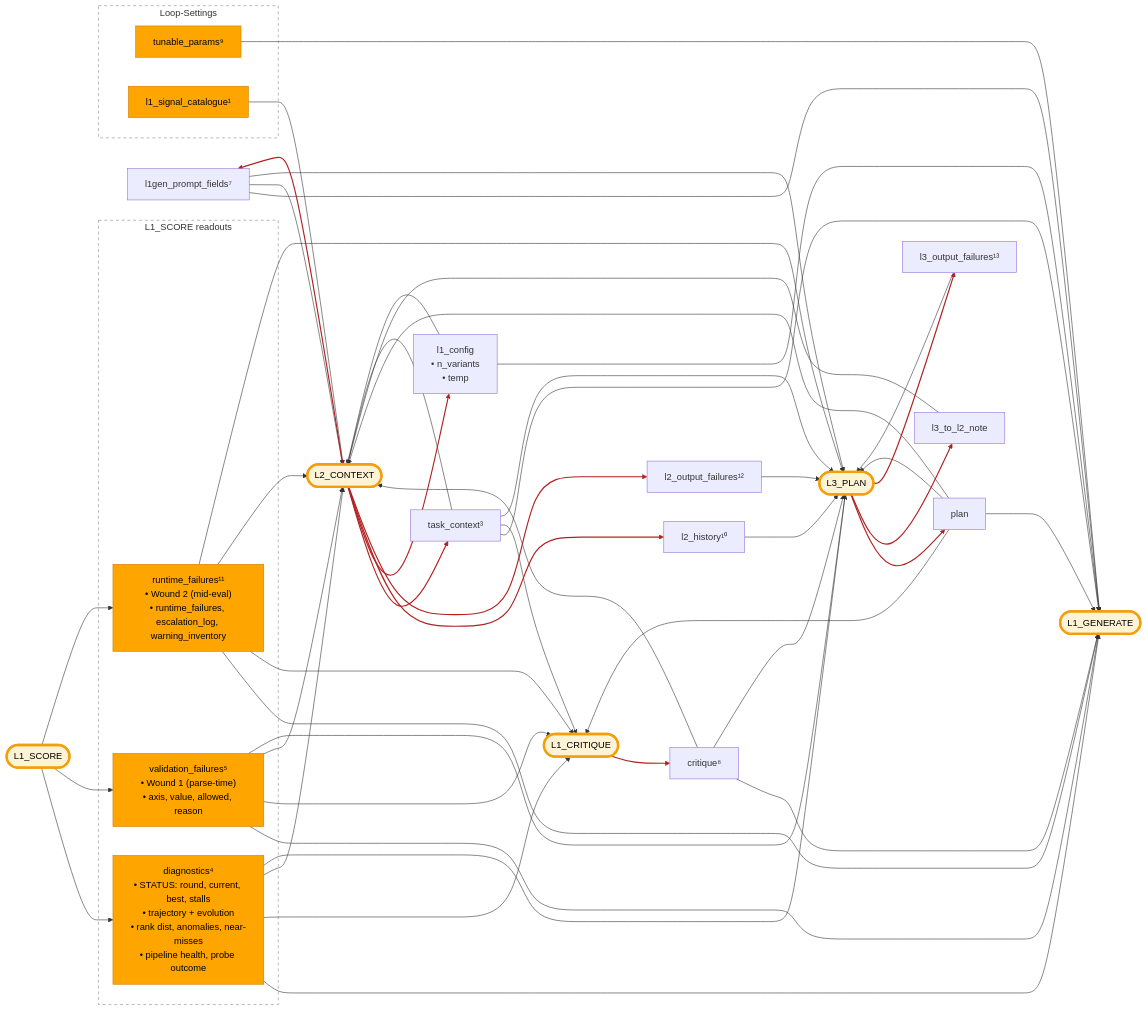
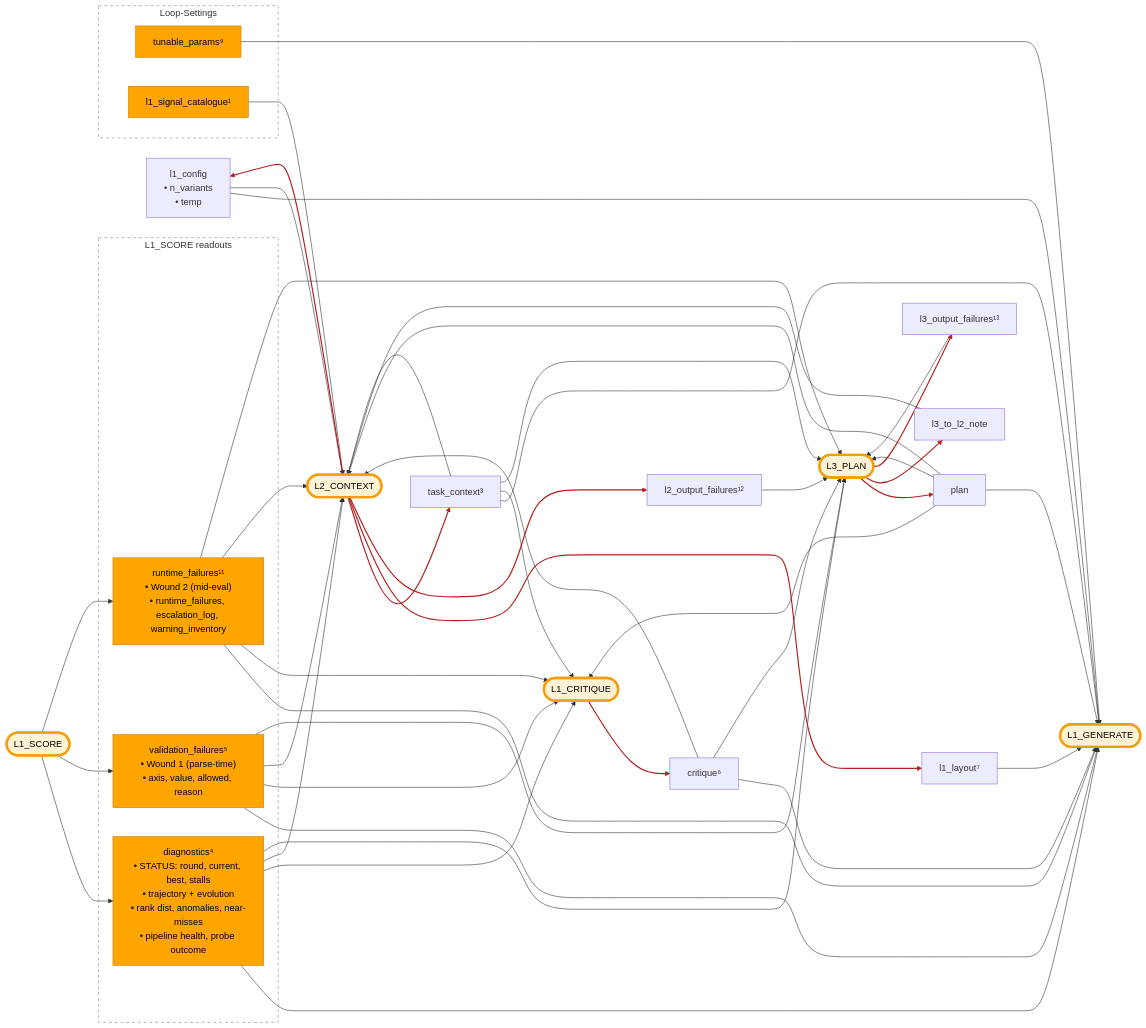
One commit to PromptPotter/prompt-potter-optimizer changed the diagram in docs/developer/dispatch-hub.md. Above: the diagram before and after it, drawn with Mermaid. The commit also changed other lines of this file and 8 other files, not shown here.

First line of the commit message:
refactor(dispatch-hub): drop l2_history + l1gen_prompt_fields; surface l1_layout edge

````diff
--- a/docs/developer/dispatch-hub.md
+++ b/docs/developer/dispatch-hub.md
@@ -19,7 +19,6 @@
   classDef proc fill:#fff3d6,stroke:#f59e0b,stroke-width:4px,color:#000
 
   %% Standalone AI-generated inputs (not produced inside a single LLM stage)
-  L1PF[l1gen_prompt_fields⁷]
   CPAR["l1_config<br/>• n_variants<br/>• temp"]
 
   %% L1_SCORE readouts — distinct hub variables, same producer cluster.
@@ -51,7 +50,7 @@
 
   %% Standalone L2-produced signals
   TC[task_context³]
-  L2H[l2_history¹⁰]
+  LAYOUT[l1_layout⁷]
 
   %% L1_CRITIQUE + its produced signal
   subgraph L1CG[" "]
@@ -69,6 +68,7 @@
   style L3G fill:none,stroke:none
 
   %% L1_GENERATE inputs — sees measurement-derived failures only.
+  %% LAYOUT is structural (drives fill_l1's slot walk), not content.
   PLAN --> L1G
   TC --> L1G
   TUN --> L1G
@@ -77,7 +77,7 @@
   RFAIL --> L1G
   CRIT --> L1G
   CPAR --> L1G
-  L1PF --> L1G
+  LAYOUT --> L1G
 
   %% L1_CRITIQUE inputs
   PLAN --> L1C
@@ -98,27 +98,23 @@
   CPAR --> L2P
   TC --> L2P
   CAT --> L2P
-  L1PF --> L2P
 
   %% L3_PLAN inputs — universal nurse: sees all four failure variants.
   PLAN --> L3P
   TC --> L3P
-  L2H --> L3P
   DIAG --> L3P
   VFAIL --> L3P
   RFAIL --> L3P
   L2OF --> L3P
   L3OF --> L3P
   CRIT --> L3P
-  L1PF --> L3P
 
   %% LLM-produced feedback edges (red)
   L3P --> PLAN
   L3P --> L3N
   L2P --> TC
   L2P --> CPAR
-  L2P --> L2H
-  L2P --> L1PF
+  L2P --> LAYOUT
   L1C --> CRIT
   L2P --> L2OF
   L3P --> L3OF
@@ -128,6 +124,6 @@
   L1S --> VFAIL
   L1S --> RFAIL
 
-  %% Red styling for the 9 LLM-produced feedback edges (edges 34..42)
-  linkStyle 34,35,36,37,38,39,40,41,42 stroke:#B22222,stroke-width:2px
+  %% Red styling for the 8 LLM-produced feedback edges (edges 31..38)
+  linkStyle 31,32,33,34,35,36,37,38 stroke:#B22222,stroke-width:2px
 ```
````
